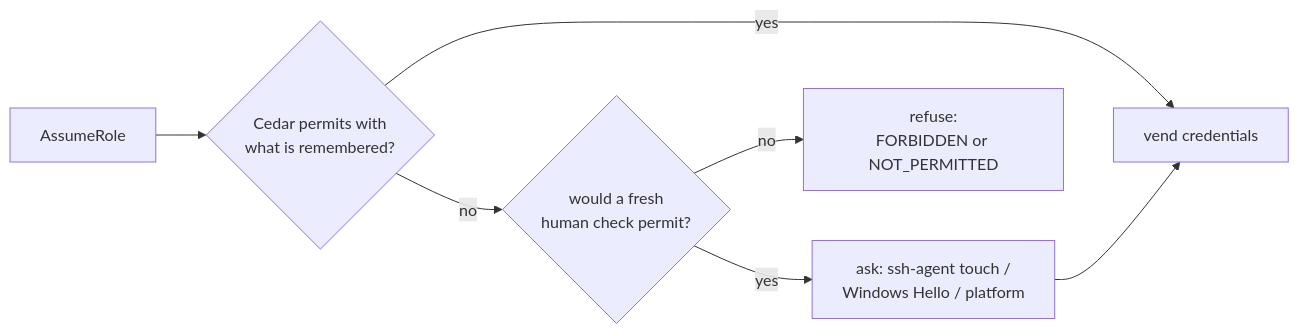
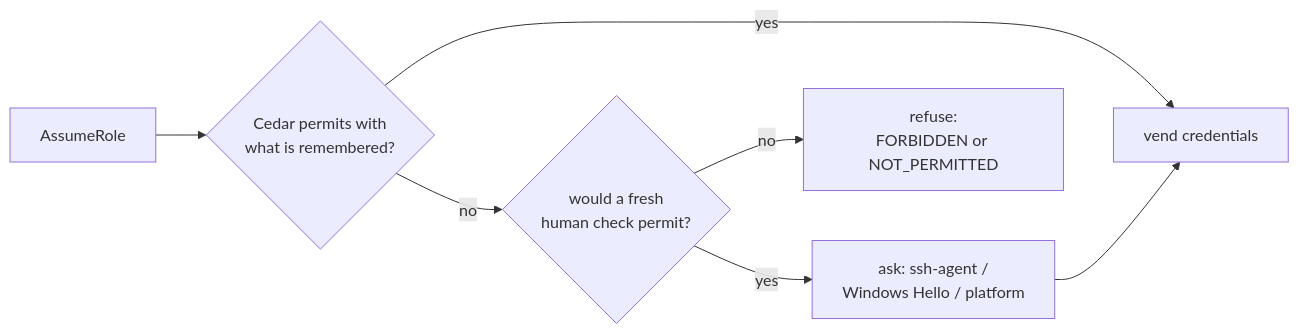
One commit to sorah/mairu changed the first of 4 diagrams in docs/specs/policy.md. Above: the diagram before and after it, drawn with Mermaid. The commit also changed other lines of this file and 2 other files, not shown here.

First line of the commit message:
docs/specs: accept any ssh-agent key, the lock is the agent's

````diff
--- a/docs/specs/policy.md
+++ b/docs/specs/policy.md
@@ -14,9 +14,9 @@
 ```mermaid
 flowchart LR
   R["AssumeRole"] --> D{"Cedar permits with<br/>what is remembered?"}
   D -- "yes" --> V["vend credentials"]
   D -- "no" --> F{"would a fresh<br/>human check permit?"}
-  F -- "yes" --> Ask["ask: ssh-agent touch /<br/>Windows Hello / platform"]
+  F -- "yes" --> Ask["ask: ssh-agent /<br/>Windows Hello / platform"]
   Ask --> V
   F -- "no" --> X["refuse:<br/>FORBIDDEN or NOT_PERMITTED"]
 ```
````
